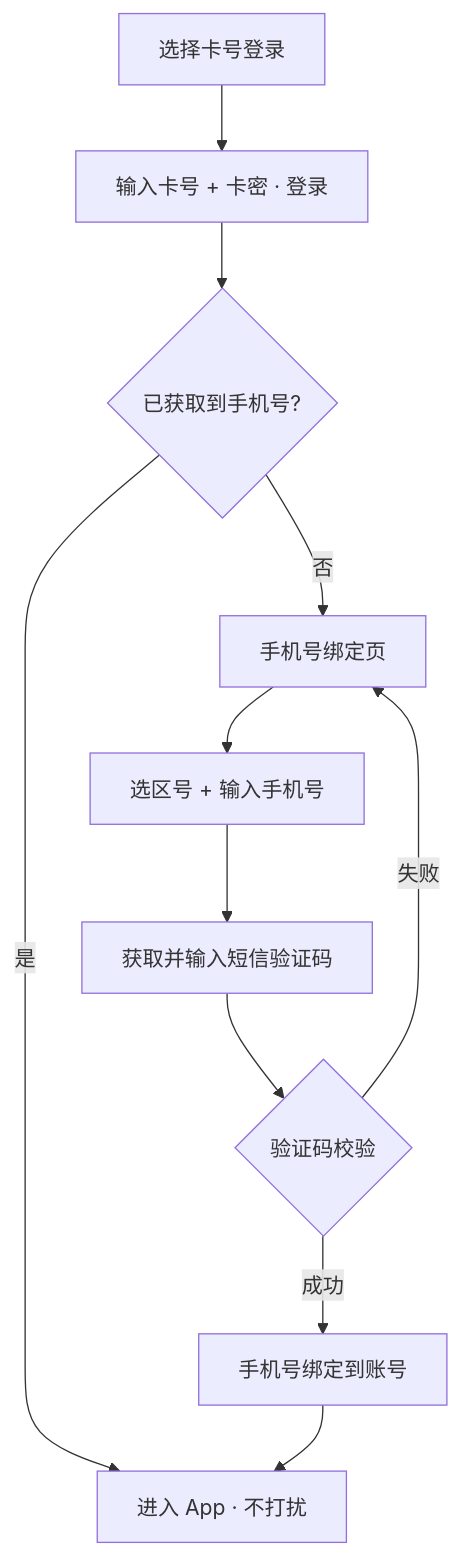
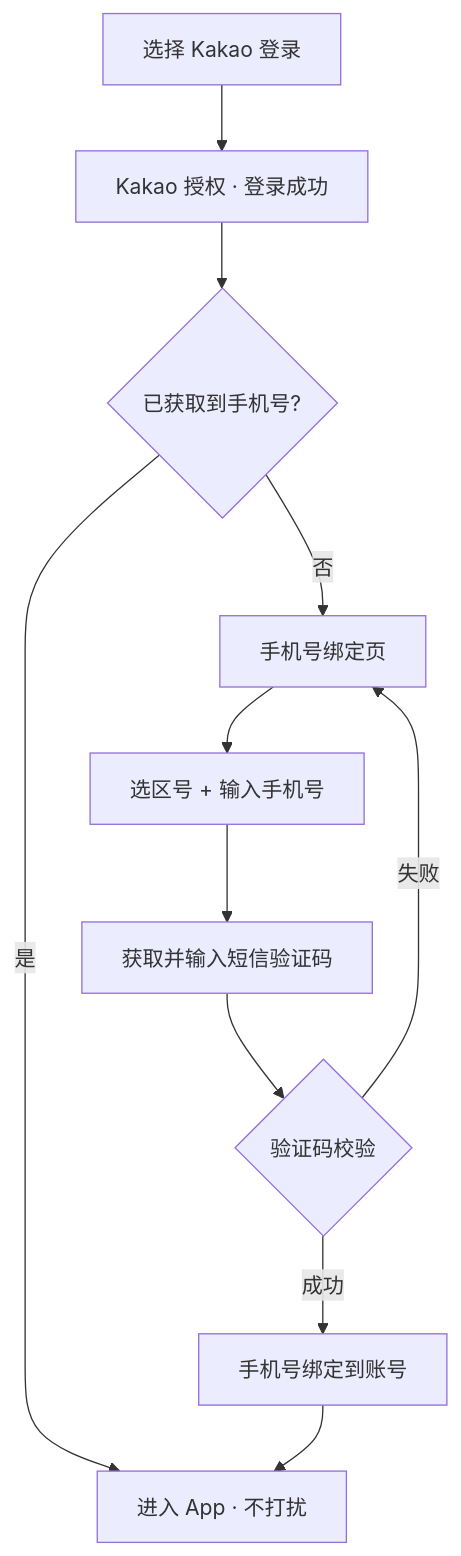
Before and after one commit to cyanlee888/cyan: the third of 3 diagrams in V1.3.1-产品需求文档-PRD.md, drawn with Mermaid. The commit also changed other lines of this file and 2 other files, not shown here.

First line of the commit message:
V1.3.1: phone-binding triggered by Kakao login (not card login)

````diff
--- a/V1.3.1-产品需求文档-PRD.md
+++ b/V1.3.1-产品需求文档-PRD.md
@@ -149,13 +149,13 @@
 ```mermaid
 flowchart TB
-  Start[选择卡号登录] --> Auth[输入卡号 + 卡密 · 登录]
+  Start[选择 Kakao 登录] --> Auth[Kakao 授权 · 登录成功]
   Auth --> Has{已获取到手机号?}
   Has -->|是| App[进入 App · 不打扰]
   Has -->|否| Bind[手机号绑定页]
   Bind --> Input[选区号 + 输入手机号]
   Input --> Code[获取并输入短信验证码]
   Code --> Verify{验证码校验}
   Verify -->|失败| Bind
   Verify -->|成功| Bound[手机号绑定到账号]
   Bound --> App
 ```
````
